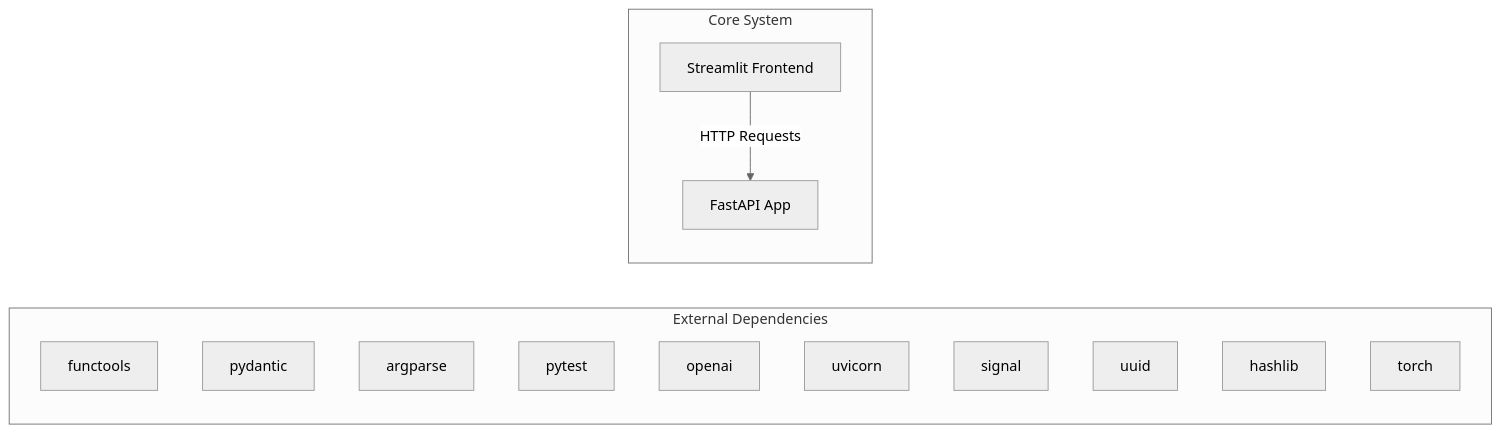
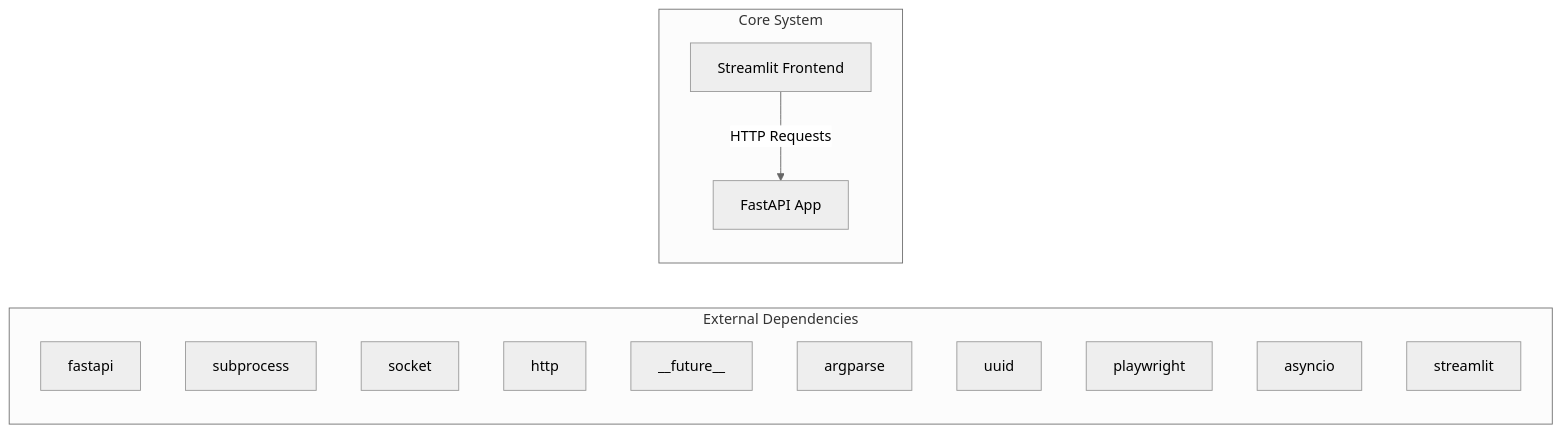
Before and after one commit to NITISH-R-G/rag-context-optimizer: the first of 2 diagrams in docs/architecture.md, drawn with Mermaid (neutral theme). The commit also changed 1 other file, not shown here.

Commit message:
docs: auto-update repository knowledge, architecture diagrams, and documentation

````diff
--- a/docs/architecture.md
+++ b/docs/architecture.md
@@ -7,20 +7,20 @@
 ```mermaid
 graph LR
     subgraph External Dependencies
-        E0["functools"]
-        E1["pydantic"]
-        E2["argparse"]
-        E3["pytest"]
-        E4["openai"]
-        E5["uvicorn"]
-        E6["signal"]
-        E7["uuid"]
-        E8["hashlib"]
-        E9["torch"]
+        E0["fastapi"]
+        E1["subprocess"]
+        E2["socket"]
+        E3["http"]
+        E4["__future__"]
+        E5["argparse"]
+        E6["uuid"]
+        E7["playwright"]
+        E8["asyncio"]
+        E9["streamlit"]
     end
     subgraph Core System
         API["FastAPI App"]
         UI["Streamlit Frontend"]
     end
     UI -->|HTTP Requests| API
 ```
````
